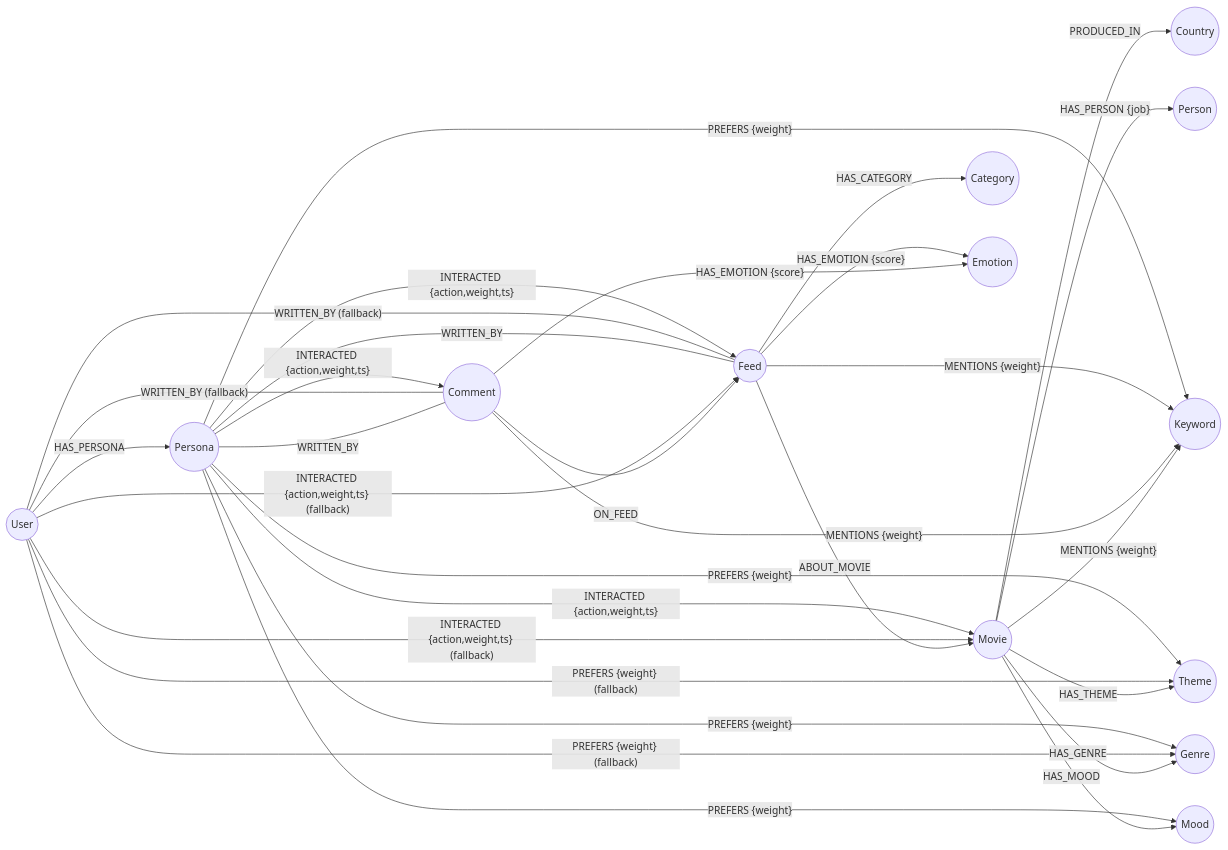
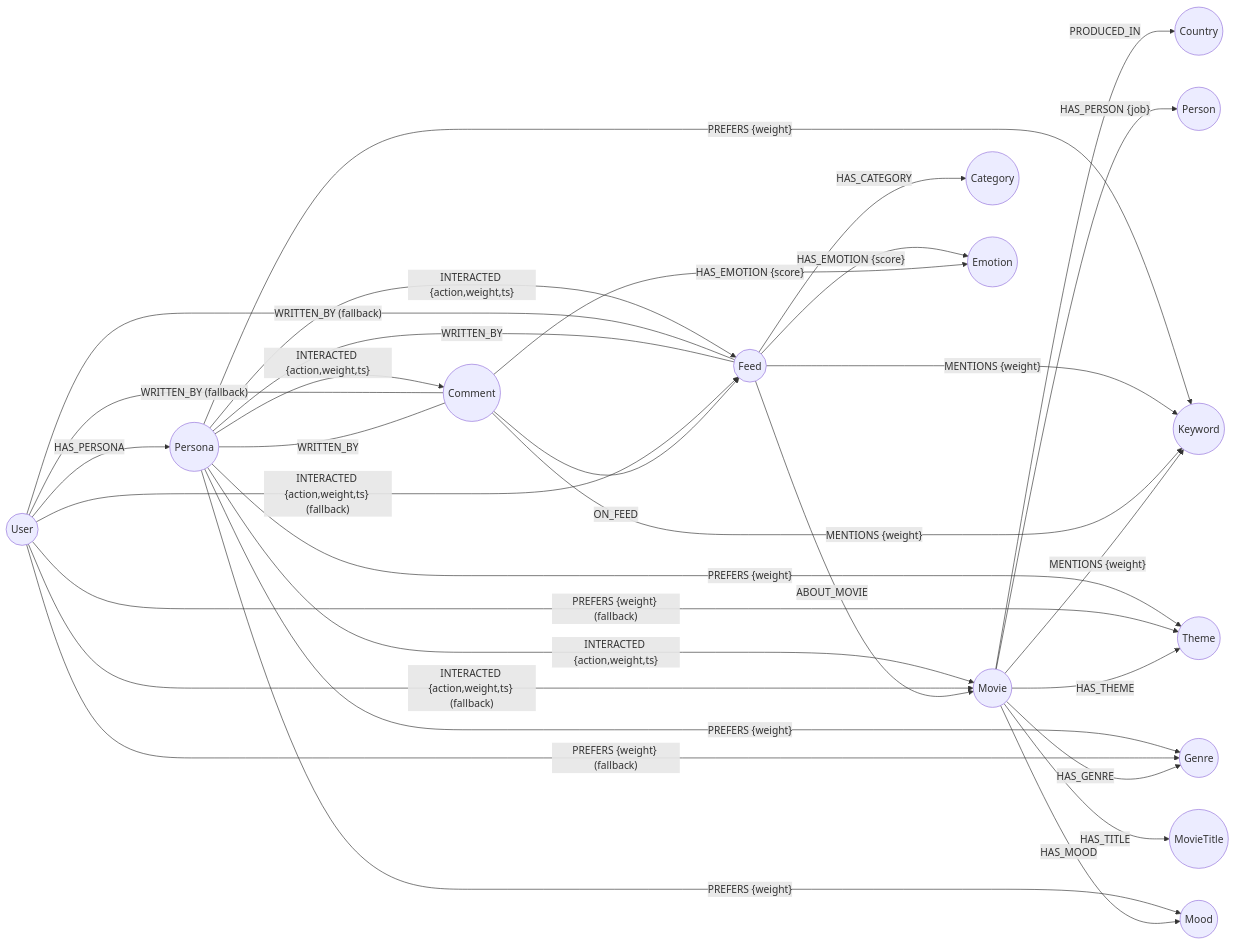
One commit to kakao4-KAKAMU/KAKAMU_DE changed the first of 3 diagrams in docs/neo4j_schema.md. Above: the diagram before and after it, drawn with Mermaid. The commit also changed other lines of this file and 1 other file, not shown here.

First line of the commit message:
docs: document MovieTitle schema and chat Cypher examples

````diff
--- a/docs/neo4j_schema.md
+++ b/docs/neo4j_schema.md
@@ -11,51 +11,53 @@
 ```mermaid
 flowchart LR
     User(("User"))
     Persona(("Persona"))
     Feed(("Feed"))
     Comment(("Comment"))
     Movie(("Movie"))
+    MovieTitle(("MovieTitle"))
     Genre(("Genre"))
     Theme(("Theme"))
     Mood(("Mood"))
     Keyword(("Keyword"))
     Category(("Category"))
     Emotion(("Emotion"))
     Person(("Person"))
     Country(("Country"))
 
     User -- "HAS_PERSONA" --> Persona
     Persona -- "PREFERS {weight}" --> Genre
     Persona -- "PREFERS {weight}" --> Theme
     Persona -- "PREFERS {weight}" --> Mood
     Persona -- "PREFERS {weight}" --> Keyword
     Persona -- "INTERACTED {action,weight,ts}" --> Movie
     Persona -- "INTERACTED {action,weight,ts}" --> Feed
     Persona -- "INTERACTED {action,weight,ts}" --> Comment
 
     User -- "WRITTEN_BY (fallback)" --- Feed
     User -- "WRITTEN_BY (fallback)" --- Comment
     Persona -- "WRITTEN_BY" --- Feed
     Persona -- "WRITTEN_BY" --- Comment
 
     User -- "PREFERS {weight} (fallback)" --> Genre
     User -- "PREFERS {weight} (fallback)" --> Theme
     User -- "INTERACTED {action,weight,ts} (fallback)" --> Movie
     User -- "INTERACTED {action,weight,ts} (fallback)" --> Feed
 
     Feed -- "ABOUT_MOVIE" --> Movie
     Feed -- "HAS_CATEGORY" --> Category
     Feed -- "HAS_EMOTION {score}" --> Emotion
     Feed -- "MENTIONS {weight}" --> Keyword
 
     Comment -- "ON_FEED" --> Feed
     Comment -- "HAS_EMOTION {score}" --> Emotion
     Comment -- "MENTIONS {weight}" --> Keyword
 
     Movie -- "HAS_GENRE" --> Genre
+    Movie -- "HAS_TITLE" --> MovieTitle
     Movie -- "HAS_THEME" --> Theme
     Movie -- "HAS_MOOD" --> Mood
     Movie -- "MENTIONS {weight}" --> Keyword
     Movie -- "HAS_PERSON {job}" --> Person
     Movie -- "PRODUCED_IN" --> Country
 ```
````
